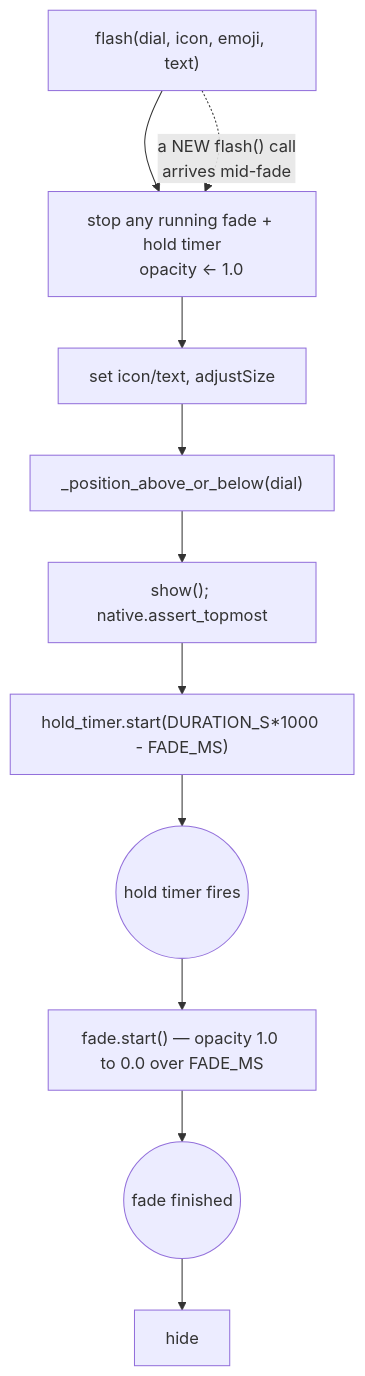
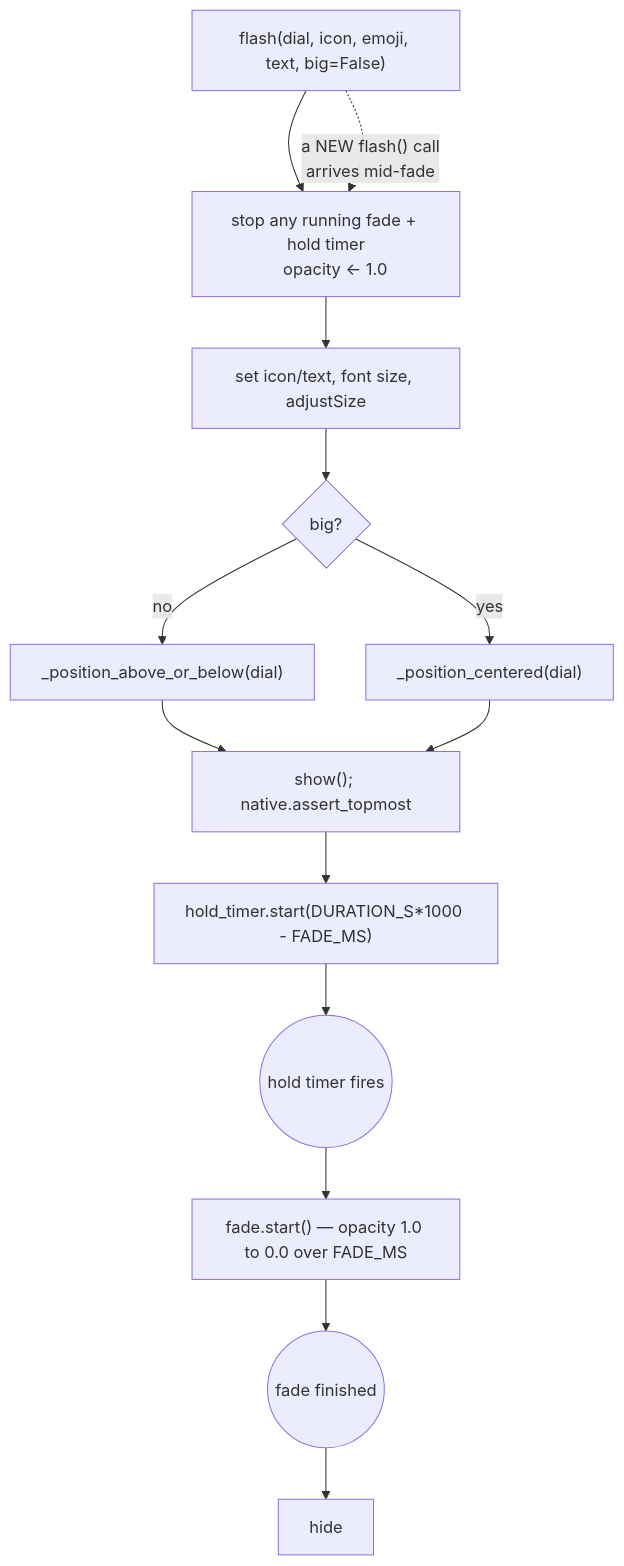
One commit to UVuruna/Watch-Academy changed the second of 2 diagrams in app/__flow/fast_travel_flash.md. Above: the diagram before and after it, drawn with Mermaid. The commit also changed other lines of this file and 12 other files, not shown here.

````diff
--- a/app/__flow/fast_travel_flash.md
+++ b/app/__flow/fast_travel_flash.md
@@ -21,16 +23,19 @@
 ```mermaid
 %%{init: {'flowchart': {'subGraphTitleMargin': {'top': 0, 'bottom': 35}}}}%%
 flowchart TB
-    A["flash(dial, icon, emoji, text)"] --> B["stop any running fade + hold timer
+    A["flash(dial, icon, emoji, text, big=False)"] --> B["stop any running fade + hold timer
     opacity <- 1.0"]
-    B --> C[set icon/text, adjustSize]
-    C --> D["_position_above_or_below(dial)"]
-    D --> E["show(); native.assert_topmost"]
+    B --> C[set icon/text, font size, adjustSize]
+    C --> D{big?}
+    D -- "no" --> D1["_position_above_or_below(dial)"]
+    D -- "yes" --> D2["_position_centered(dial)"]
+    D1 --> E["show(); native.assert_topmost"]
+    D2 --> E
     E --> F["hold_timer.start(DURATION_S*1000 - FADE_MS)"]
     F --> G((hold timer fires))
     G --> H["fade.start() — opacity 1.0 to 0.0 over FADE_MS"]
     H --> I((fade finished))
     I --> J[hide]
     A -. "a NEW flash() call
     arrives mid-fade" .-> B
 ```
````
